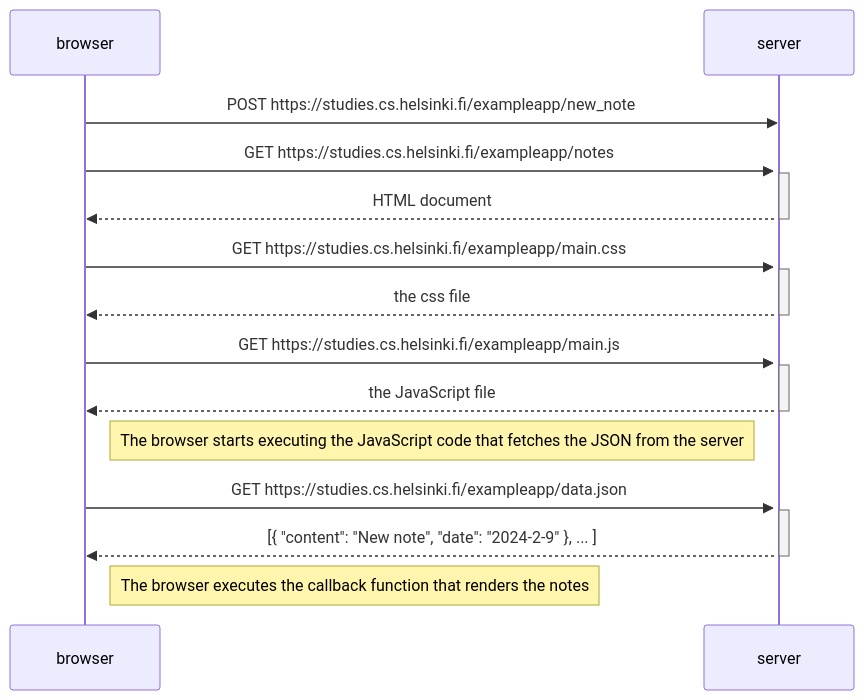
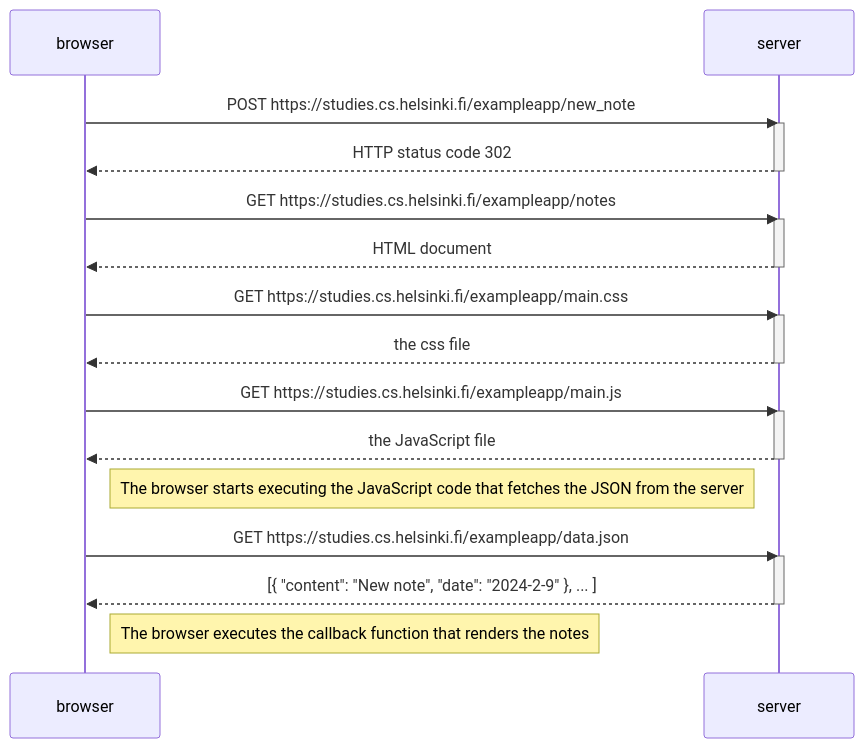
One commit to gcosta815/fullstackopen changed the diagram in part0/0.4/new_note_diagram.md. Above: the diagram before and after it, drawn with Mermaid.

````diff
--- a/part0/0.4/new_note_diagram.md
+++ b/part0/0.4/new_note_diagram.md
@@ -1,32 +1,34 @@
 ```mermaid
 sequenceDiagram;
   participant browser;
   participant server;
 
   browser->>server: POST https://studies.cs.helsinki.fi/exampleapp/new_note;
   activate server;
+  server-->>browser: HTTP status code 302
+  deactivate server
 
   browser->>server: GET https://studies.cs.helsinki.fi/exampleapp/notes;
   activate server;
   server-->>browser: HTML document
   deactivate server
 
   browser->>server: GET https://studies.cs.helsinki.fi/exampleapp/main.css
   activate server
   server-->>browser: the css file
   deactivate server
 
   browser->>server: GET https://studies.cs.helsinki.fi/exampleapp/main.js
   activate server
   server-->>browser: the JavaScript file
   deactivate server
 
   Note right of browser: The browser starts executing the JavaScript code that fetches the JSON from the server
 
   browser->>server: GET https://studies.cs.helsinki.fi/exampleapp/data.json
   activate server
   server-->>browser: [{ "content": "New note", "date": "2024-2-9" }, ... ]
   deactivate server
 
   Note right of browser: The browser executes the callback function that renders the notes
 ```
````
